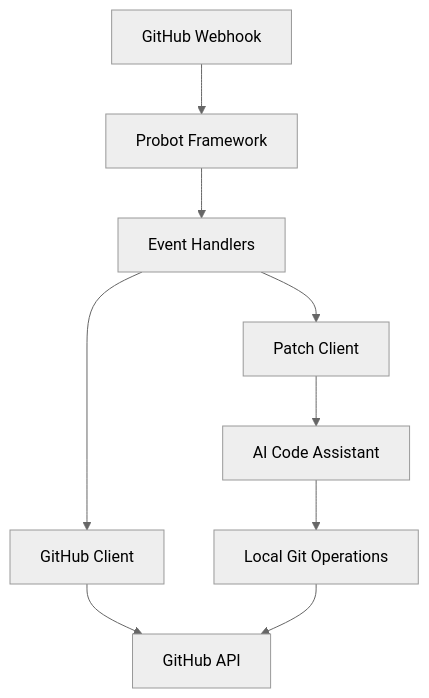
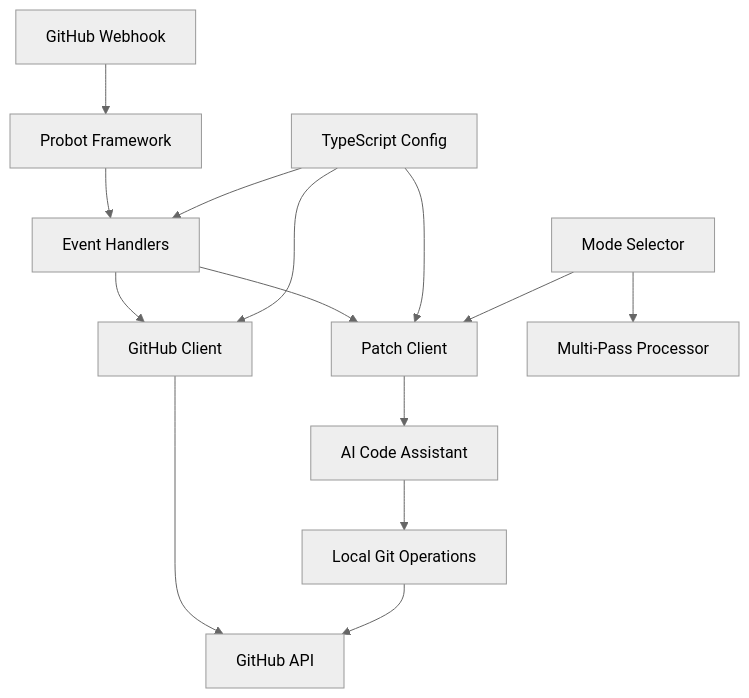
One commit to stevengonsalvez/patchmycode changed the diagram in memory-bank/systemPatterns.md. Above: the diagram before and after it, drawn with Mermaid (neutral theme). The commit also changed other lines of this file and 16 other files, not shown here.

First line of the commit message:
feat: Enhance configuration system with smart mode selection and multi-pass processing

````diff
--- a/memory-bank/systemPatterns.md
+++ b/memory-bank/systemPatterns.md
@@ -7,11 +7,16 @@
 ```mermaid
 flowchart TD
     Webhook[GitHub Webhook] --> Probot[Probot Framework]
     Probot --> EventHandlers[Event Handlers]
     EventHandlers --> GitHubClient[GitHub Client]
     EventHandlers --> PatchClient[Patch Client]
     GitHubClient --> GitHubAPI[GitHub API]
     PatchClient --> AIEngine[AI Code Assistant]
     AIEngine --> LocalGit[Local Git Operations]
     LocalGit --> GitHubAPI
+    Config[TypeScript Config] --> EventHandlers
+    Config --> GitHubClient
+    Config --> PatchClient
+    ModeSelector[Mode Selector] --> PatchClient
+    ModeSelector --> MultiPassProcessor[Multi-Pass Processor]
 ```
````
